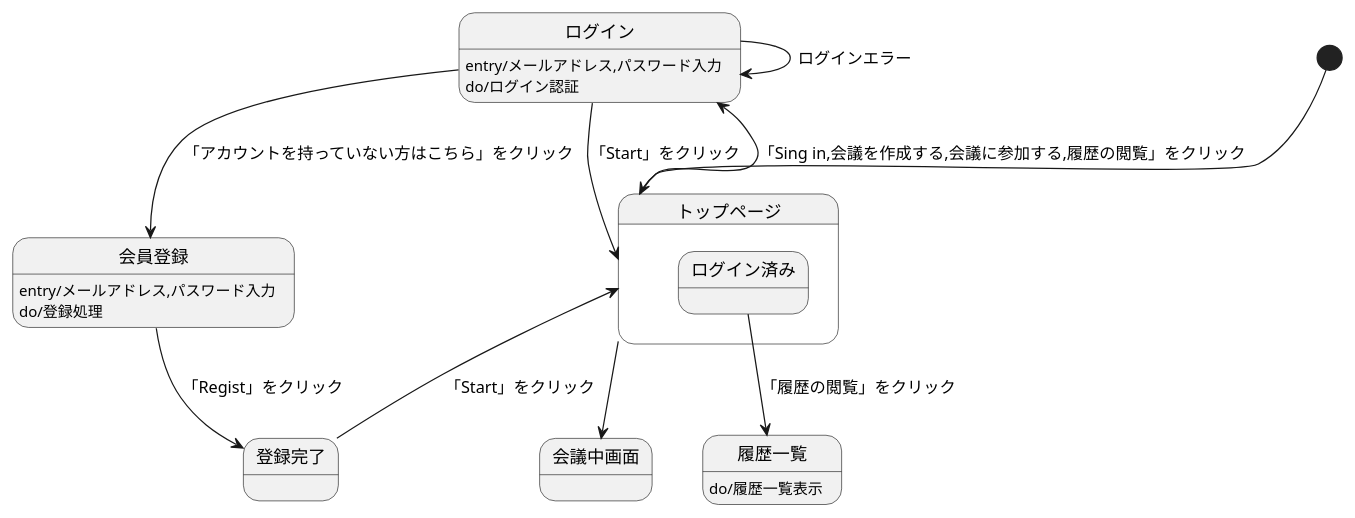
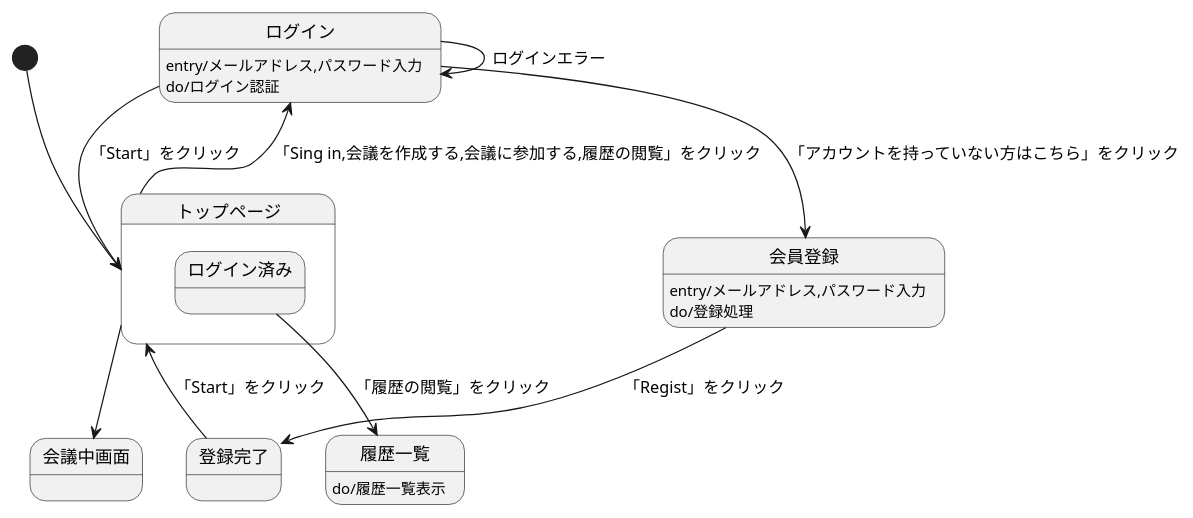
The diagram in 画面遷移図.md (Aso2001031/2021sys-design), drawn with PlantUML before and after one commit.

````diff
--- a/画面遷移図.md
+++ b/画面遷移図.md
@@ -1,32 +1,32 @@
 ```uml
 @startuml
 
 [*] -down-> トップページ
 
 State トップページ {
   state ログイン済み {
   
   }
 }
-トップページ -right-> ログイン :「Sing in,会議を作成する,会議に参加する,履歴の閲覧」をクリック
+トップページ -down-> ログイン :「Sing in,会議を作成する,会議に参加する,履歴の閲覧」をクリック
 トップページ --> 会議中画面
 
 
 ログイン : entry/メールアドレス,パスワード入力
 ログイン : do/ログイン認証
 ログイン --> トップページ :「Start」をクリック
 ログイン --> 会員登録 :「アカウントを持っていない方はこちら」をクリック
 ログイン --> ログイン :ログインエラー
 
 会員登録 : entry/メールアドレス,パスワード入力
 会員登録 : do/登録処理
 会員登録 --> 登録完了 : 「Regist」をクリック
 
 登録完了 --> トップページ :「Start」をクリック
 
 ログイン済み --> 履歴一覧 :「履歴の閲覧」をクリック
 
 履歴一覧 :do/履歴一覧表示
 
 @enduml
 ```
````
